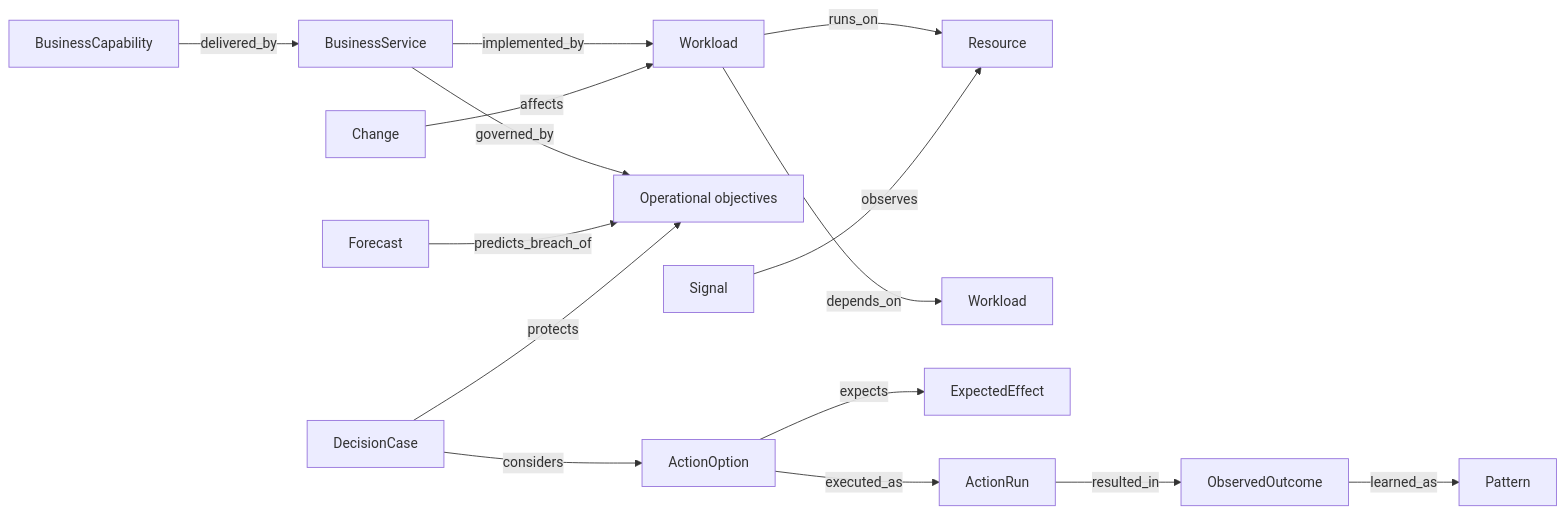
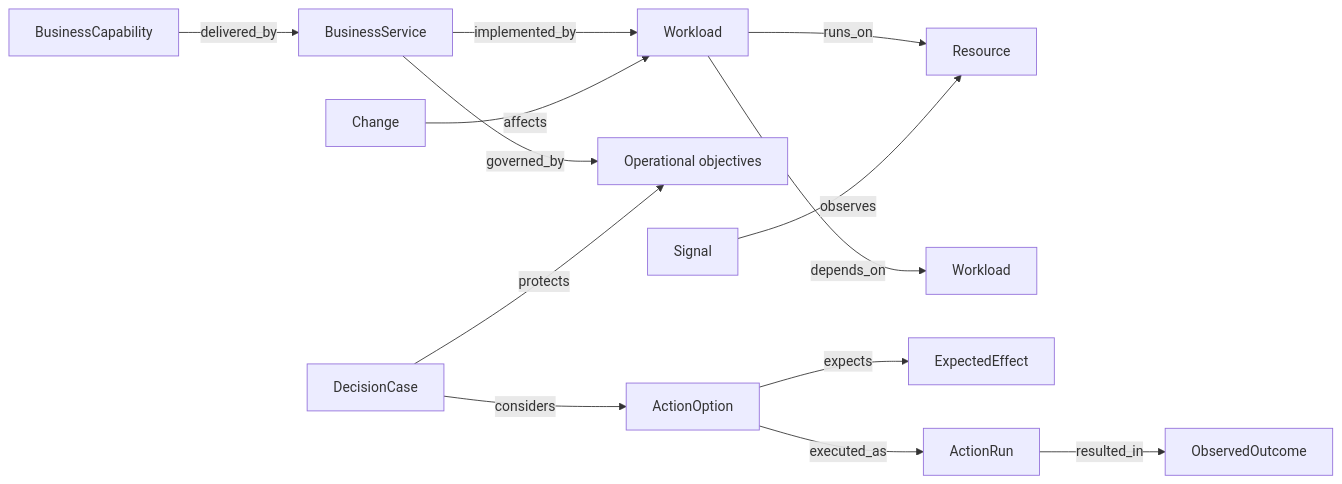
One commit to dotnetpower/fdai changed the diagram in docs/roadmap/architecture/operating-ontology.md. Above: the diagram before and after it, drawn with Mermaid. The commit also changed other lines of this file and 3 other files, not shown here.

````diff
--- a/docs/roadmap/architecture/operating-ontology.md
+++ b/docs/roadmap/architecture/operating-ontology.md
@@ -216,17 +219,15 @@
 ```mermaid
 flowchart LR
     BC[BusinessCapability] -->|delivered_by| BS[BusinessService]
     BS -->|implemented_by| W[Workload]
     W -->|runs_on| R[Resource]
     W -->|depends_on| W2[Workload]
     BS -->|governed_by| O[Operational objectives]
     S[Signal] -->|observes| R
-    F[Forecast] -->|predicts_breach_of| O
     C[Change] -->|affects| W
     D[DecisionCase] -->|protects| O
     D -->|considers| AO[ActionOption]
     AO -->|expects| EE[ExpectedEffect]
     AO -->|executed_as| AR[ActionRun]
     AR -->|resulted_in| OO[ObservedOutcome]
-    OO -->|learned_as| P[Pattern]
 ```
````
